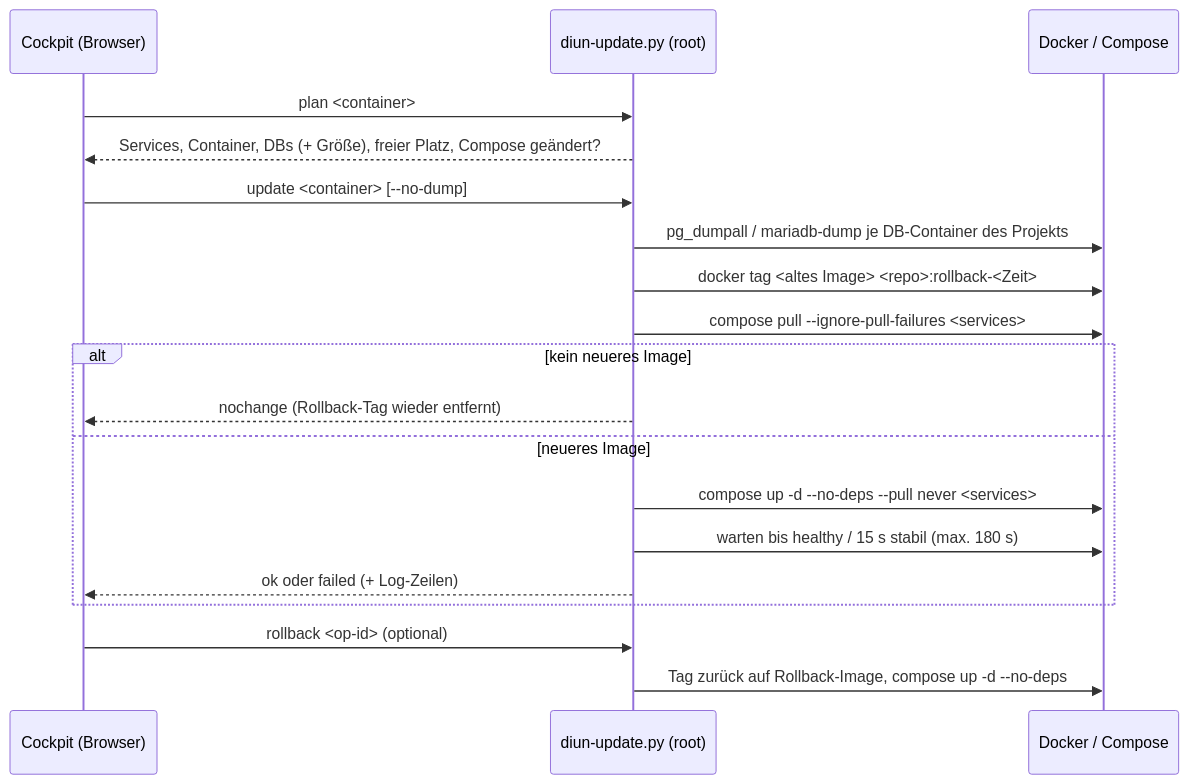
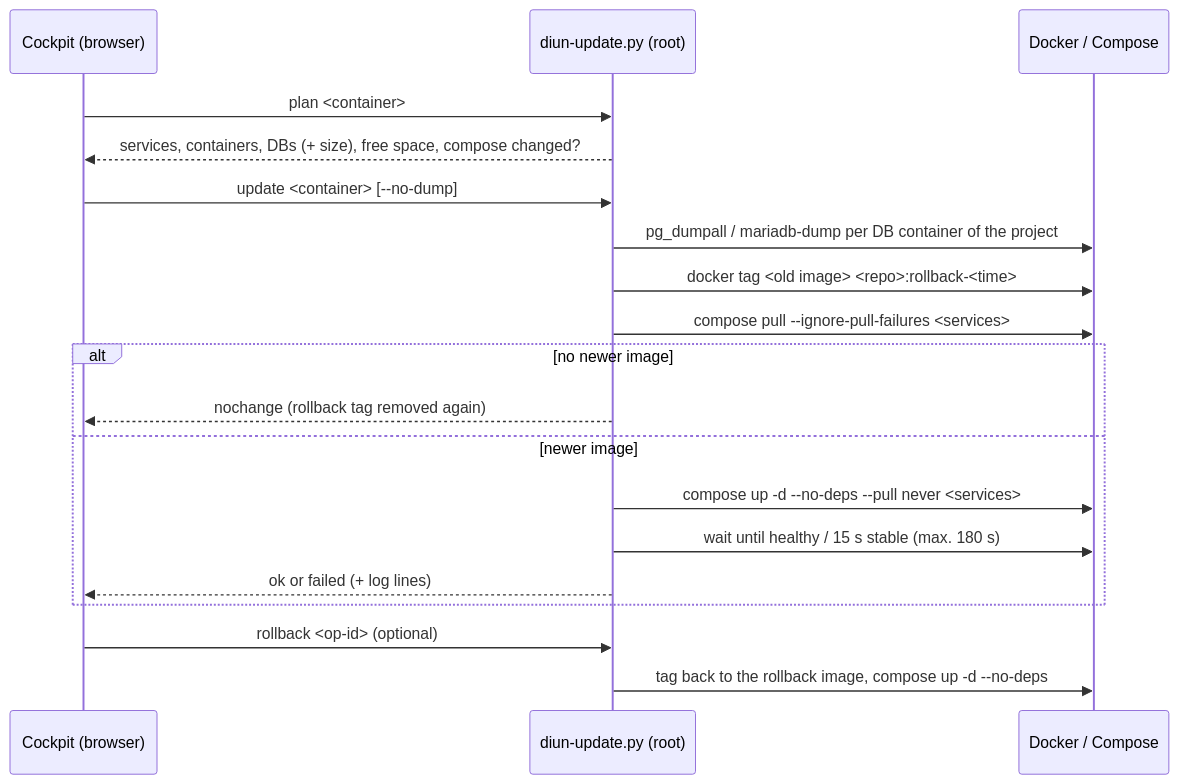
Before and after one commit to Azentrius/cockpit-image-update-monitor: the first of 2 diagrams in README.md, drawn with Mermaid. The commit also changed other lines of this file and 24 other files, not shown here.

````diff
--- a/README.md
+++ b/README.md
@@ -131,21 +132,21 @@
 ```mermaid
 sequenceDiagram
-    participant U as Cockpit (Browser)
+    participant U as Cockpit (browser)
     participant H as diun-update.py (root)
     participant D as Docker / Compose
     U->>H: plan <container>
-    H-->>U: Services, Container, DBs (+ Größe), freier Platz, Compose geändert?
+    H-->>U: services, containers, DBs (+ size), free space, compose changed?
     U->>H: update <container> [--no-dump]
-    H->>D: pg_dumpall / mariadb-dump je DB-Container des Projekts
-    H->>D: docker tag <altes Image> <repo>:rollback-<Zeit>
+    H->>D: pg_dumpall / mariadb-dump per DB container of the project
+    H->>D: docker tag <old image> <repo>:rollback-<time>
     H->>D: compose pull --ignore-pull-failures <services>
-    alt kein neueres Image
-        H-->>U: nochange (Rollback-Tag wieder entfernt)
-    else neueres Image
+    alt no newer image
+        H-->>U: nochange (rollback tag removed again)
+    else newer image
         H->>D: compose up -d --no-deps --pull never <services>
-        H->>D: warten bis healthy / 15 s stabil (max. 180 s)
-        H-->>U: ok oder failed (+ Log-Zeilen)
+        H->>D: wait until healthy / 15 s stable (max. 180 s)
+        H-->>U: ok or failed (+ log lines)
     end
     U->>H: rollback <op-id> (optional)
-    H->>D: Tag zurück auf Rollback-Image, compose up -d --no-deps
+    H->>D: tag back to the rollback image, compose up -d --no-deps
 ```
````
